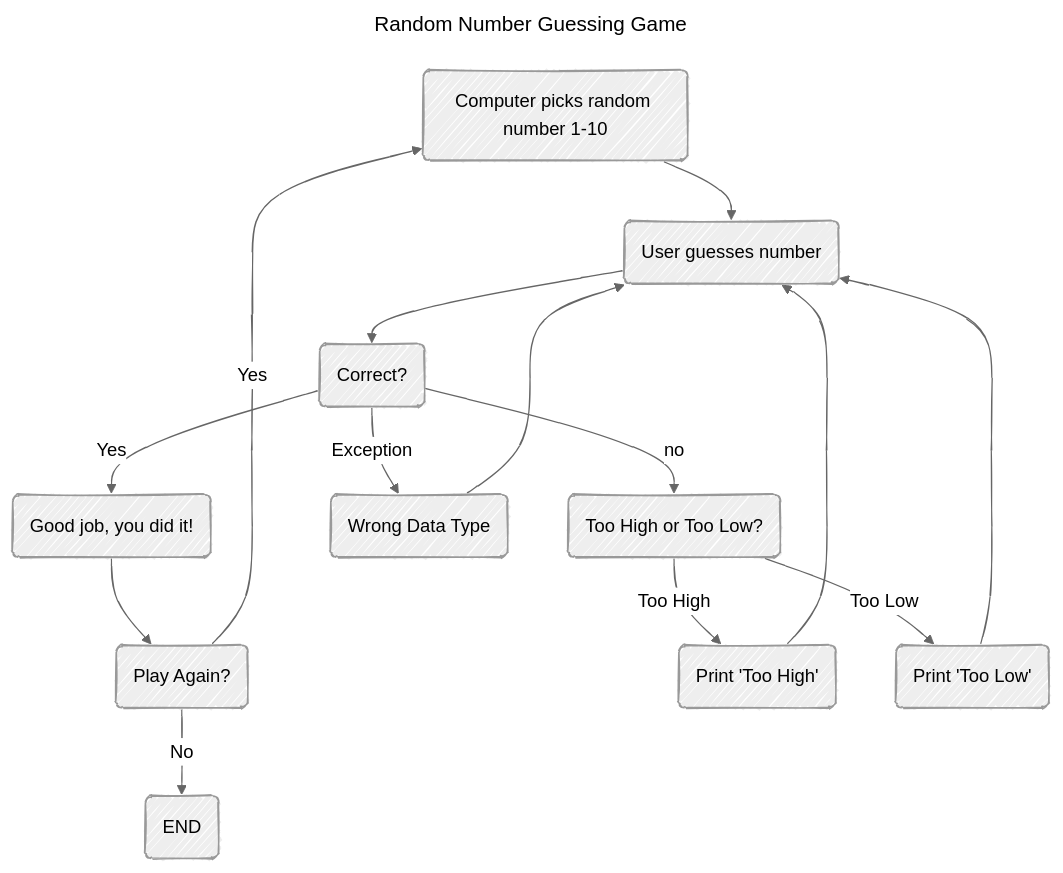
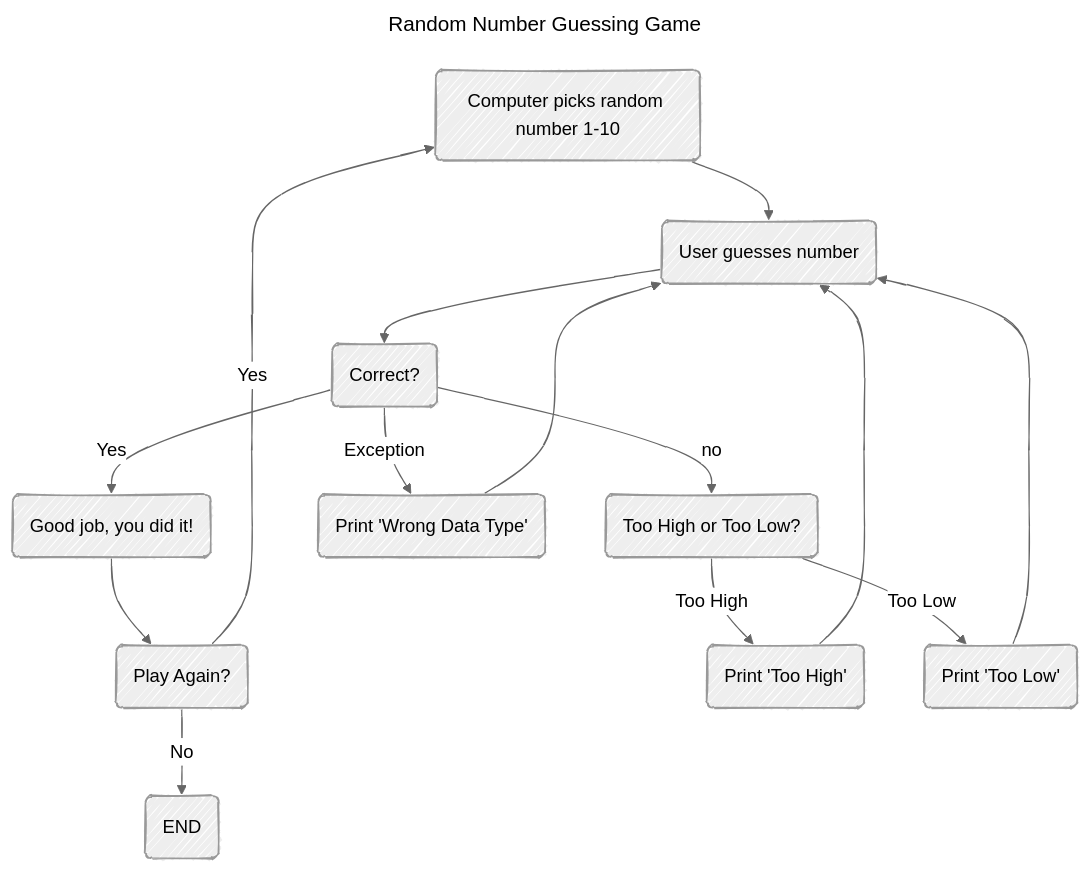
The diagram in Guessing.md (etbrowne0/etbrowne0.github.io), drawn with Mermaid before and after one commit. The commit also changed other lines of this file, not shown here.

````diff
--- a/Guessing.md
+++ b/Guessing.md
@@ -1,23 +1,23 @@
 ```mermaid
 ---
 title: Random Number Guessing Game
 config: 
     look: handDrawn
     theme: neutral
 ---
 flowchart TD
 Computer(Computer picks random number 1-10)-->user(User guesses number)
 user--> correct(Correct?)
 correct-->|Yes|outgood(Good job, you did it!)
 outgood-->play
 play(Play Again?)-->|Yes|Computer
 play-->|No|END(END)
 correct-->|no|incorrect(Too High or Too Low?)
 
 incorrect-->|Too High|printhi(Print 'Too High')
 incorrect-->|Too Low|printlow(Print 'Too Low')
 printlow-->user
 printhi-->user
-correct-->|Exception|wrongdt(Wrong Data Type) 
+correct-->|Exception|wrongdt(Print 'Wrong Data Type') 
 wrongdt--> user
 ```
````
